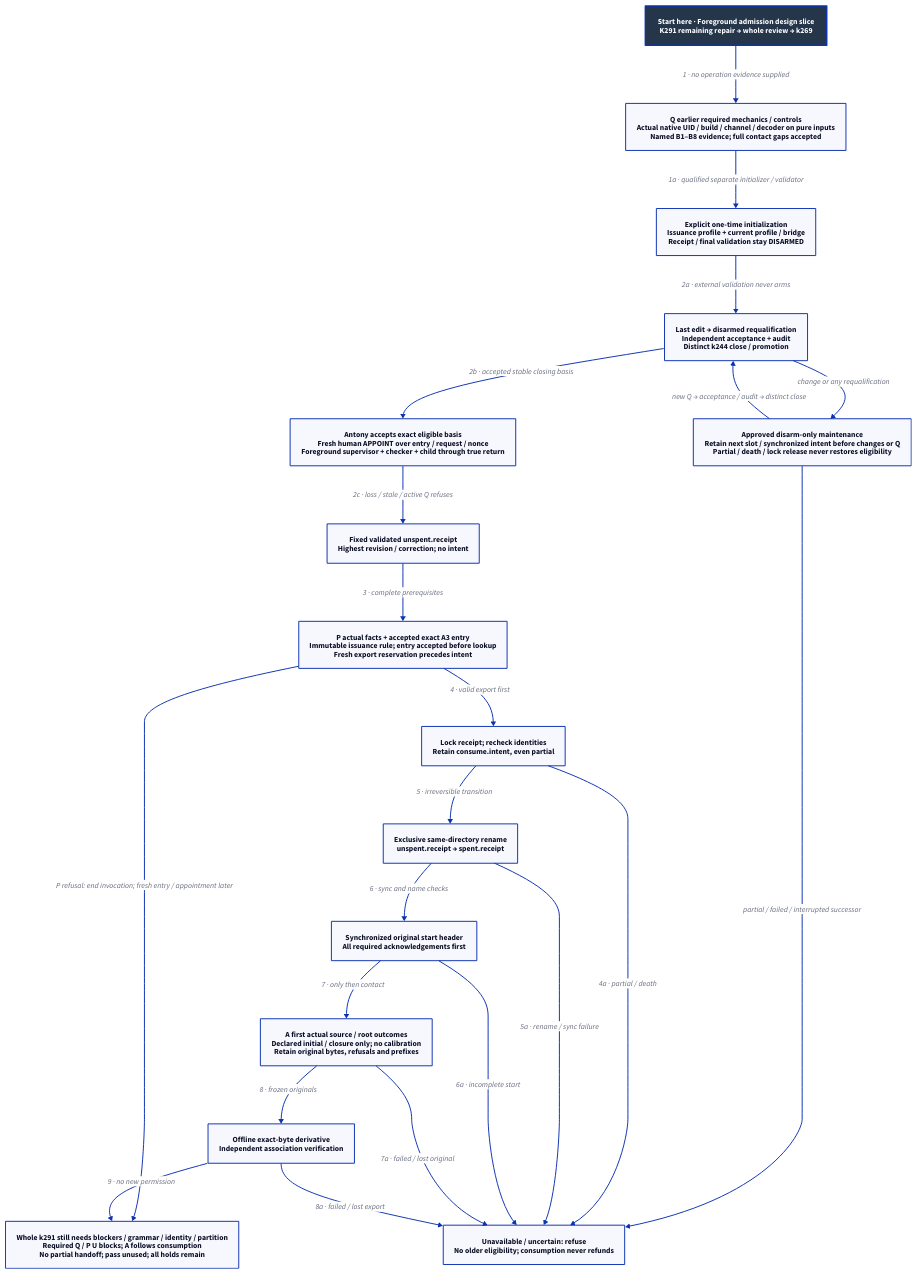
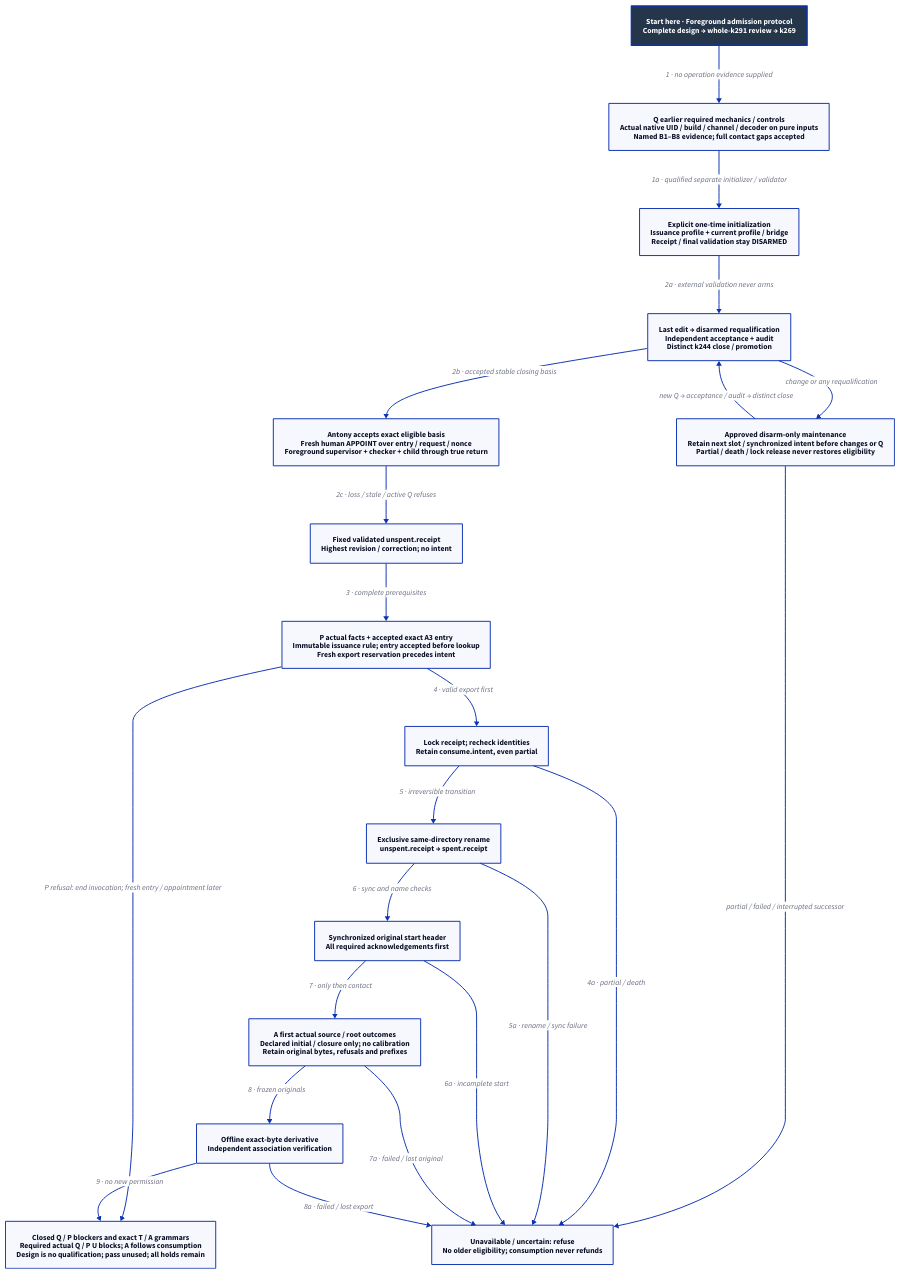
Before and after one commit to Linkuistics/Koine: the diagram in docs/design/architecture/native-reference-admission.d2, drawn with D2. The commit also changed 21 other files, not shown here.

Commit message:
Present repaired reference admission protocol (reference-evidence-admission-presentation-k310); decompose reference-evidence-session-admission-k309

```diff
--- a/docs/design/architecture/native-reference-admission.d2
+++ b/docs/design/architecture/native-reference-admission.d2
@@ -1,41 +1,41 @@
 # Proposed lifecycle; complete contract is normative and qualification remains due.
 direction: down
 classes: {
   start: {style: {fill: "#25364B"; font-color: "#FFFFFF"; bold: true; stroke-width: 3}}
 }
-Start: "Start here · Foreground admission design slice\nK291 remaining repair → whole review → k269" {class: start}
+Start: "Start here · Foreground admission protocol\nComplete design → whole-k291 review → k269" {class: start}
 Qualify: "Q earlier required mechanics / controls\nActual native UID / build / channel / decoder on pure inputs\nNamed B1–B8 evidence; full contact gaps accepted"
 Provision: "Explicit one-time initialization\nIssuance profile + current profile / bridge\nReceipt / final validation stay DISARMED"
 Final: "Last edit → disarmed requalification\nIndependent acceptance + audit\nDistinct k244 close / promotion"
 Release: "Antony accepts exact eligible basis\nFresh human APPOINT over entry / request / nonce\nForeground supervisor + checker + child through true return"
 Ready: "Fixed validated unspent.receipt\nHighest revision / correction; no intent"
 Export: "P actual facts + accepted exact A3 entry\nImmutable issuance rule; entry accepted before lookup\nFresh export reservation precedes intent"
 Intent: "Lock receipt; recheck identities\nRetain consume.intent, even partial"
 Spent: "Exclusive same-directory rename\nunspent.receipt → spent.receipt"
 Original: "Synchronized original start header\nAll required acknowledgements first"
 Capture: "A first actual source / root outcomes\nDeclared initial / closure only; no calibration\nRetain original bytes, refusals and prefixes"
 Derivative: "Offline exact-byte derivative\nIndependent association verification"
 Refuse: "Unavailable / uncertain: refuse\nNo older eligibility; consumption never refunds"
-Limit: "Whole k291 still needs blockers / grammar / identity / partition\nRequired Q / P U blocks; A follows consumption\nNo partial handoff; pass unused; all holds remain"
+Limit: "Closed Q / P blockers and exact T / A grammars\nRequired actual Q / P U blocks; A follows consumption\nDesign is no qualification; pass unused; all holds remain"
 Maintenance: "Approved disarm-only maintenance\nRetain next slot / synchronized intent before changes or Q\nPartial / death / lock release never restores eligibility"
 Start -> Qualify: "1 · no operation evidence supplied"
 Qualify -> Provision: "1a · qualified separate initializer / validator"
 Provision -> Final: "2a · external validation never arms"
 Final -> Release: "2b · accepted stable closing basis"
 Final -> Maintenance: "change or any requalification"
 Maintenance -> Final: "new Q → acceptance / audit → distinct close"
 Maintenance -> Refuse: "partial / failed / interrupted successor"
 Release -> Ready: "2c · loss / stale / active Q refuses"
 Ready -> Export: "3 · complete prerequisites"
 Export -> Intent: "4 · valid export first"
 Export -> Limit: "P refusal: end invocation; fresh entry / appointment later"
 Intent -> Spent: "5 · irreversible transition"
 Spent -> Original: "6 · sync and name checks"
 Original -> Capture: "7 · only then contact"
 Capture -> Derivative: "8 · frozen originals"
 Derivative -> Limit: "9 · no new permission"
 Intent -> Refuse: "4a · partial / death"
 Spent -> Refuse: "5a · rename / sync failure"
 Original -> Refuse: "6a · incomplete start"
 Capture -> Refuse: "7a · failed / lost original"
 Derivative -> Refuse: "8a · failed / lost export"
```
